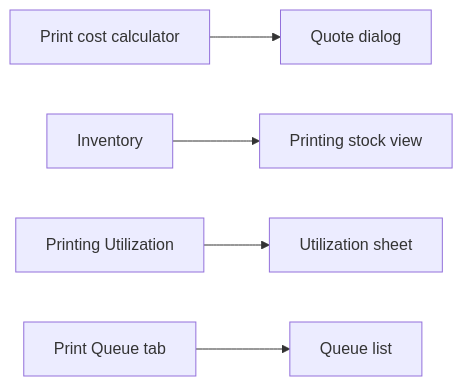
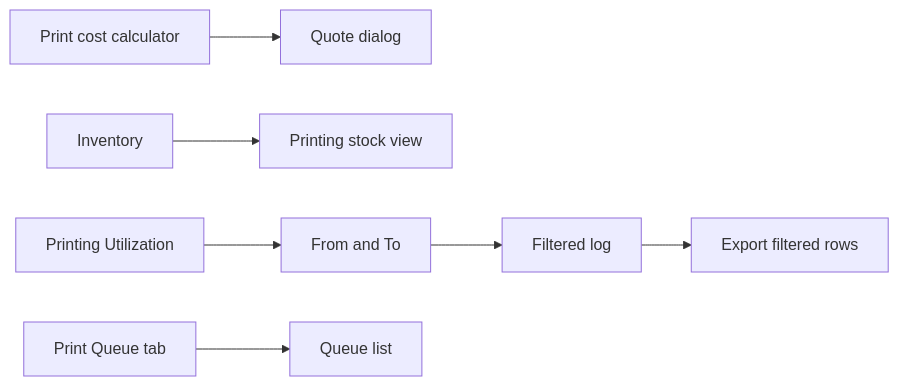
Before and after one commit to Mayur8291/Printing-Tracker: diagram 22 of 55 in docs/FLOWCHARTS.md, drawn with Mermaid. The commit also changed other lines of this file and 15 other files, not shown here.

````diff
--- a/docs/FLOWCHARTS.md
+++ b/docs/FLOWCHARTS.md
@@ -317,7 +317,9 @@
 ```mermaid
 flowchart LR
   Calc[Print cost calculator] --> Modal[Quote dialog]
   Inv[Inventory] --> Stock[Printing stock view]
-  Use[Printing Utilization] --> Sheet[Utilization sheet]
+  Use[Printing Utilization] --> Dates[From and To]
+  Dates --> Sheet[Filtered log]
+  Sheet --> Xlsx[Export filtered rows]
   Queue[Print Queue tab] --> List[Queue list]
 ```
````
